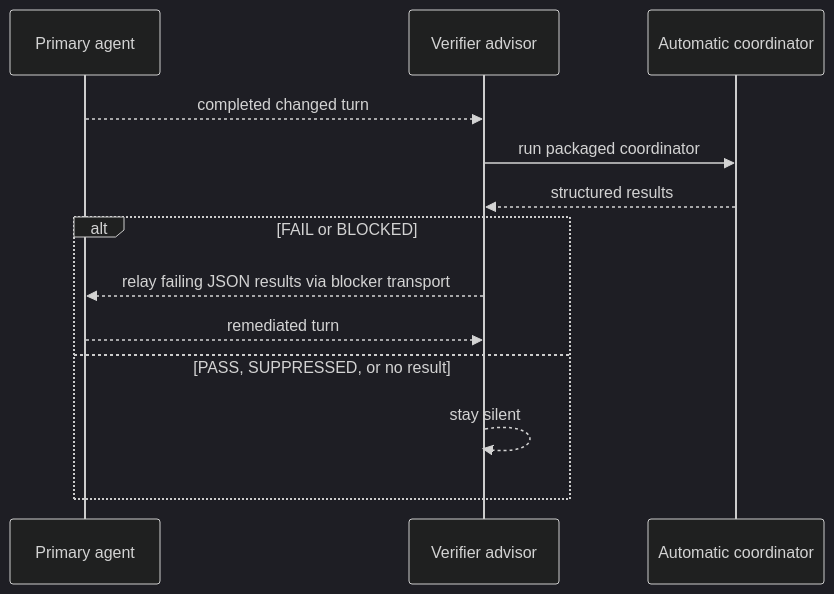
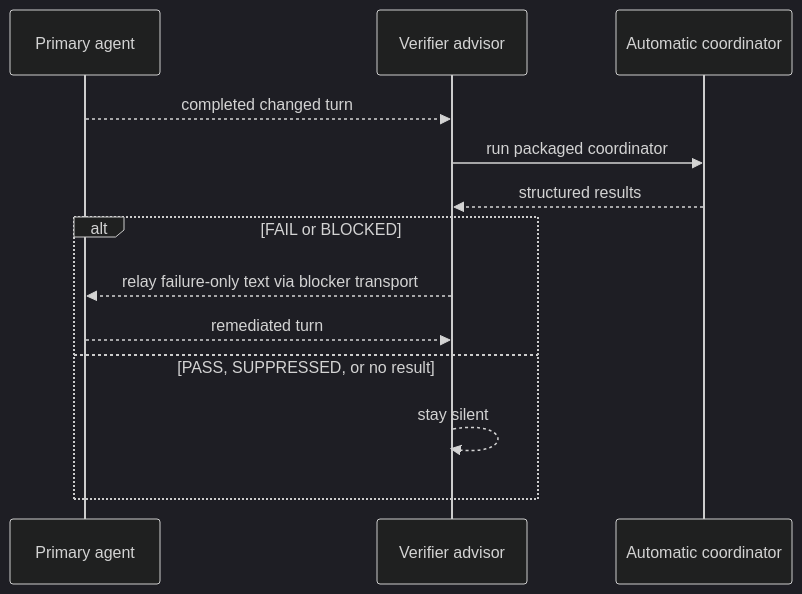
The diagram in docs/references/verifier-concepts-reference.md (klondikemarlen/omp-verifier), drawn with Mermaid (dark theme) before and after one commit. The commit also changed other lines of this file and 3 other files, not shown here.

Commit message:
:memo: Relay readable verifier results without raw JSON.

````diff
--- a/docs/references/verifier-concepts-reference.md
+++ b/docs/references/verifier-concepts-reference.md
@@ -7,16 +7,16 @@
 ```mermaid
 sequenceDiagram
   participant Main as Primary agent
   participant Verifier as Verifier advisor
   participant CLI as Automatic coordinator
 
   Main-->>Verifier: completed changed turn
   Verifier->>CLI: run packaged coordinator
   CLI-->>Verifier: structured results
   alt FAIL or BLOCKED
-    Verifier-->>Main: relay failing JSON results via blocker transport
+    Verifier-->>Main: relay failure-only text via blocker transport
     Main-->>Verifier: remediated turn
   else PASS, SUPPRESSED, or no result
     Verifier-->>Verifier: stay silent
   end
 ```
````
